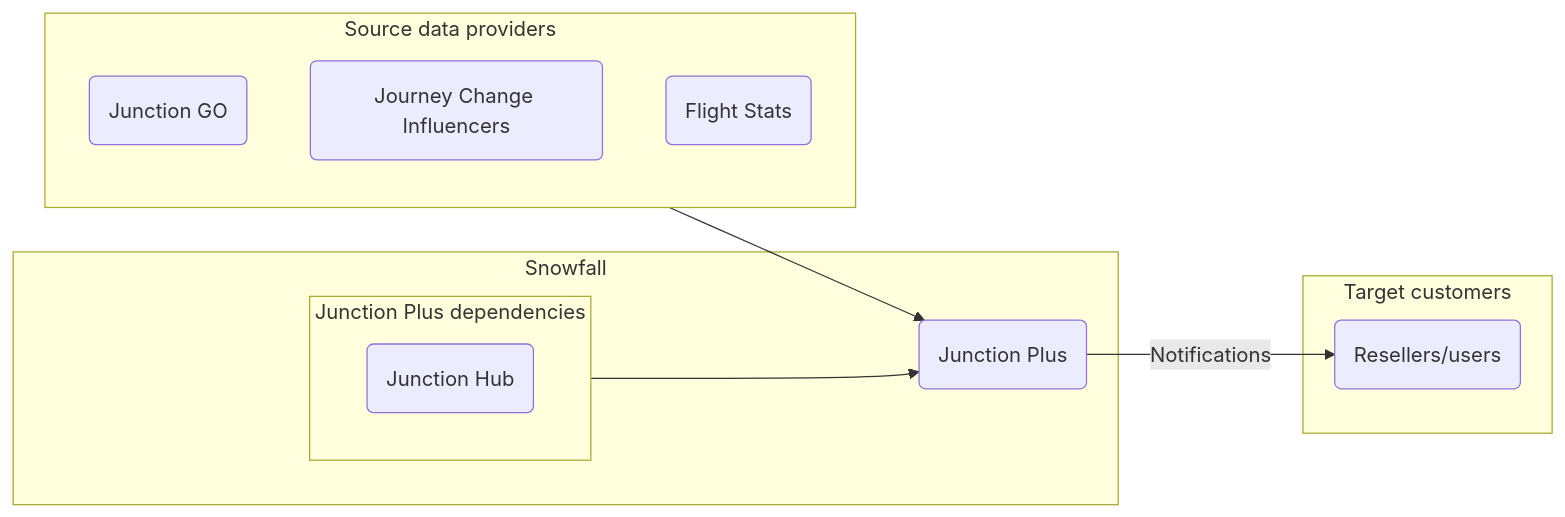
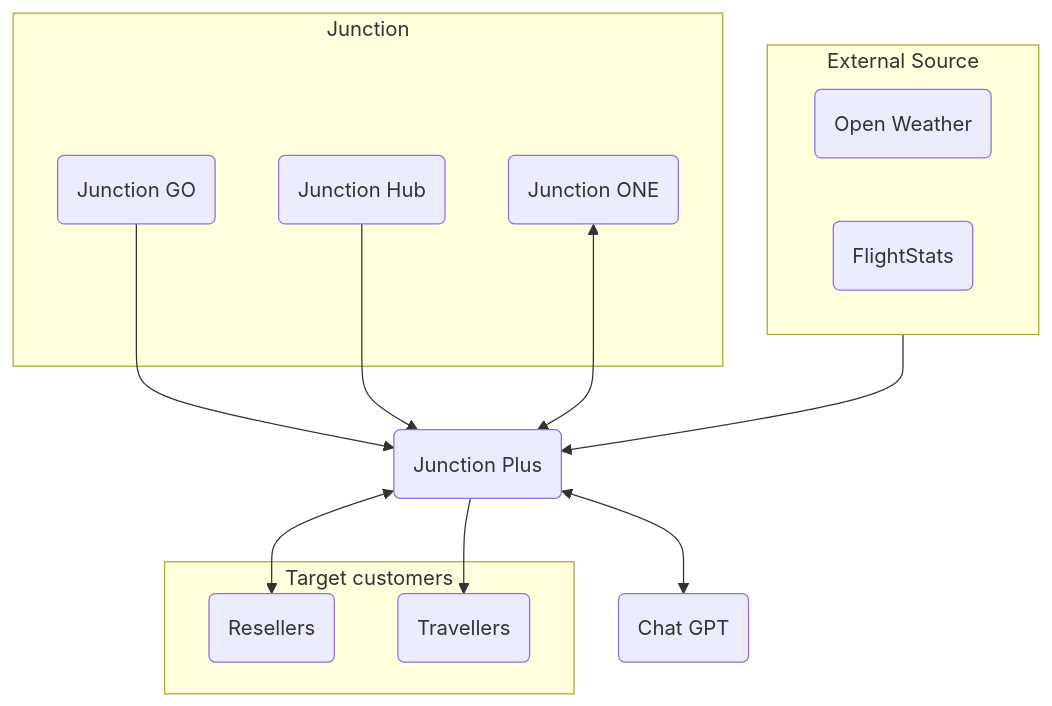
One commit to marimargaryan86/performancetesting changed the first of 11 diagrams in docs/engineering/docs/projects/junction/plus.md. Above: the diagram before and after it, drawn with Mermaid. The commit also changed other lines of this file, not shown here.

First line of the commit message:
docs: add checkin, weather and matrix integration

````diff
--- a/docs/engineering/docs/projects/junction/plus.md
+++ b/docs/engineering/docs/projects/junction/plus.md
@@ -17,26 +17,30 @@
 ```mermaid
-flowchart LR
-    subgraph Source[Source data providers]
+flowchart TD
+subgraph Source[Junction]
         JG(Junction GO)
-        JCI(Journey Change Influencers)
-        FS(Flight Stats)
+        JH(Junction Hub)
+        JO(Junction ONE)
     end
 
-    subgraph Snowfall
-        JP(Junction Plus)
-
-        subgraph JPD[Junction Plus dependencies]
-            JH(Junction Hub)
-        end
+    subgraph ES[External Source]
+        OW(Open Weather)
+        FS(FlightStats)
     end
 
+    JP(Junction Plus)
+    AI(Chat GPT)
+
     subgraph Target customers
-        R(Resellers/users)
+        R(Resellers)
+        T(Travellers)
     end
 
-
-    Source --> JP
-    JPD --> JP
-    JP -->|Notifications|R
+    JG --> JP
+    JH --> JP
+    JO <--> JP
+    ES --> JP
+    JP <--> R
+    JP --> T
+    JP <--> AI
 
 ```
````
